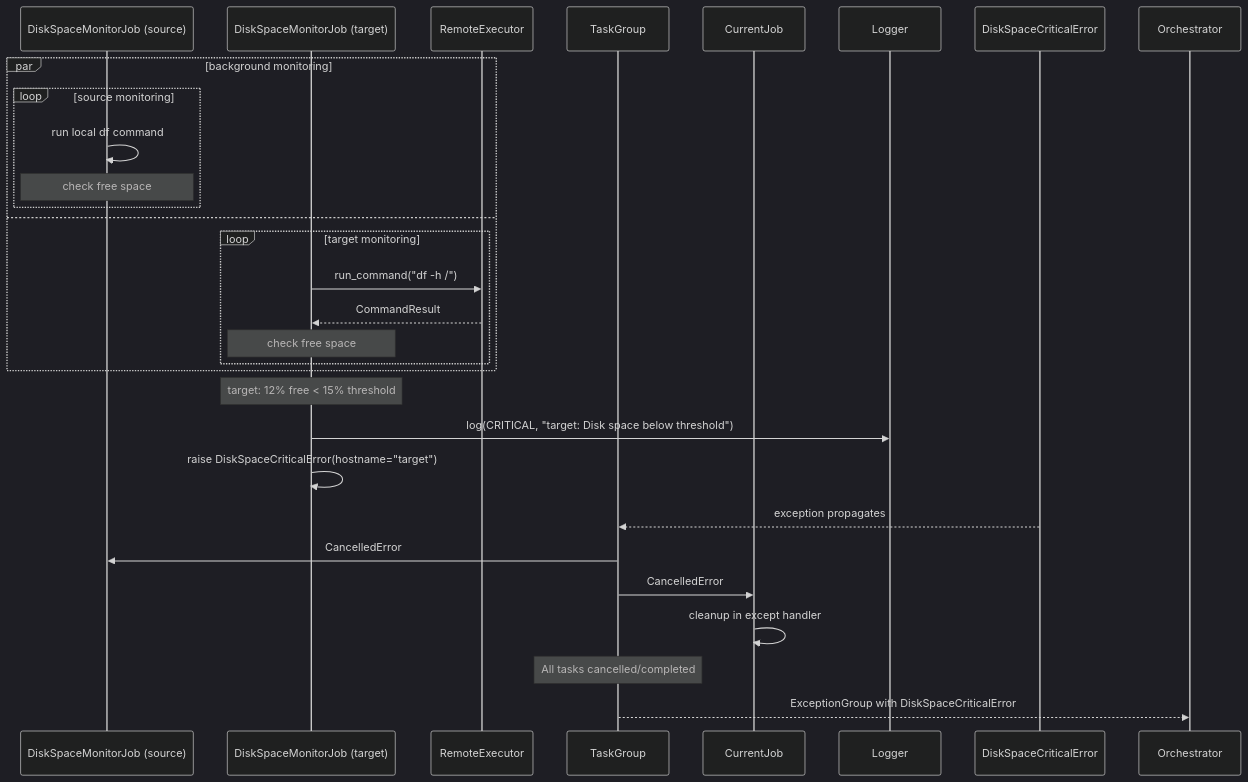
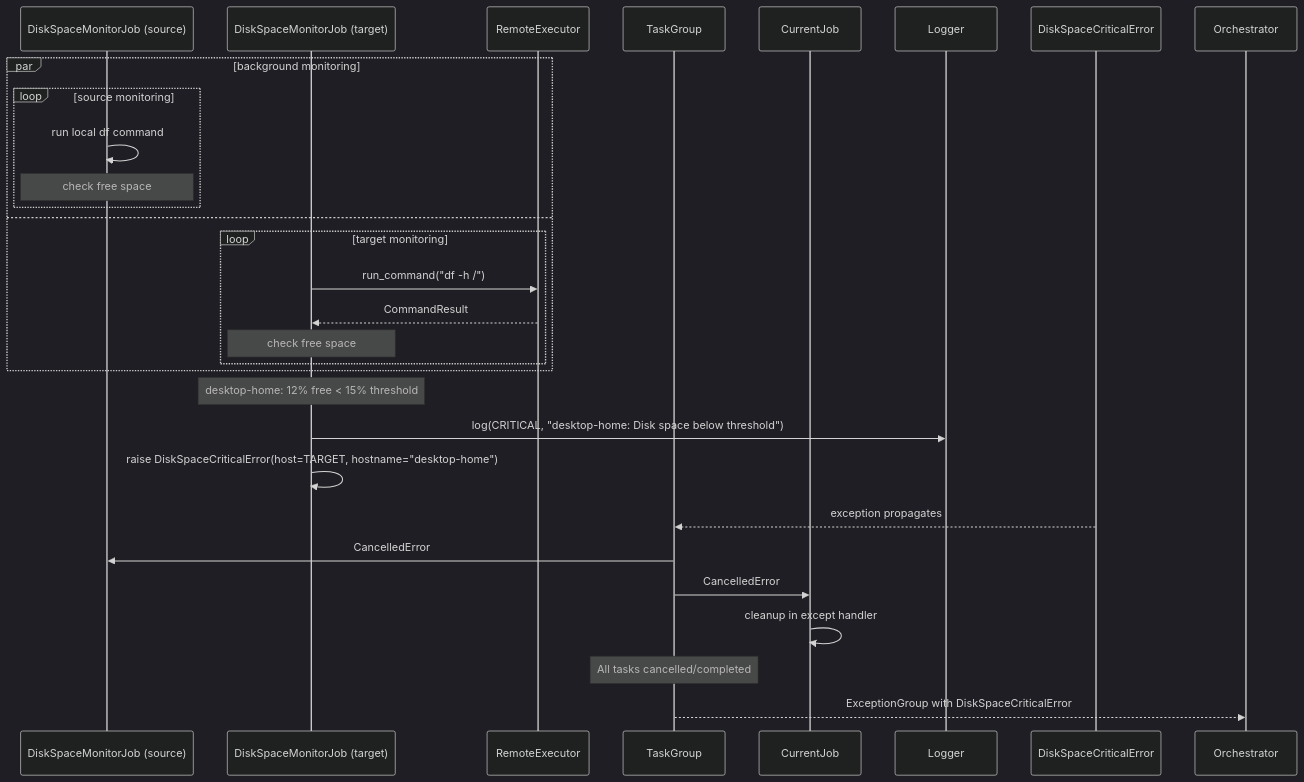
One commit to flaksit/pc-switcher changed the tenth of 12 diagrams in specs/001-foundation/architecture-claude.md. Above: the diagram before and after it, drawn with Mermaid (dark theme). The commit also changed other lines of this file, not shown here.

Commit message:
Clarify host/hostname terminology

````diff
--- a/specs/001-foundation/architecture-claude.md
+++ b/specs/001-foundation/architecture-claude.md
@@ -538,35 +562,35 @@
 ```mermaid
 sequenceDiagram
     participant SourceMonitor as DiskSpaceMonitorJob (source)
     participant TargetMonitor as DiskSpaceMonitorJob (target)
     participant RemoteExecutor
     participant TaskGroup
     participant CurrentJob
     participant Logger
 
     par background monitoring
         loop source monitoring
             SourceMonitor->>SourceMonitor: run local df command
             Note over SourceMonitor: check free space
         end
     and
         loop target monitoring
             TargetMonitor->>RemoteExecutor: run_command("df -h /")
             RemoteExecutor-->>TargetMonitor: CommandResult
             Note over TargetMonitor: check free space
         end
     end
 
-    Note over TargetMonitor: target: 12% free < 15% threshold
+    Note over TargetMonitor: desktop-home: 12% free < 15% threshold
 
-    TargetMonitor->>Logger: log(CRITICAL, "target: Disk space below threshold")
-    TargetMonitor->>TargetMonitor: raise DiskSpaceCriticalError(hostname="target")
+    TargetMonitor->>Logger: log(CRITICAL, "desktop-home: Disk space below threshold")
+    TargetMonitor->>TargetMonitor: raise DiskSpaceCriticalError(host=TARGET, hostname="desktop-home")
 
     DiskSpaceCriticalError-->>TaskGroup: exception propagates
     TaskGroup->>SourceMonitor: CancelledError
     TaskGroup->>CurrentJob: CancelledError
     CurrentJob->>CurrentJob: cleanup in except handler
 
     Note over TaskGroup: All tasks cancelled/completed
     TaskGroup-->>Orchestrator: ExceptionGroup with DiskSpaceCriticalError
 ```
````
